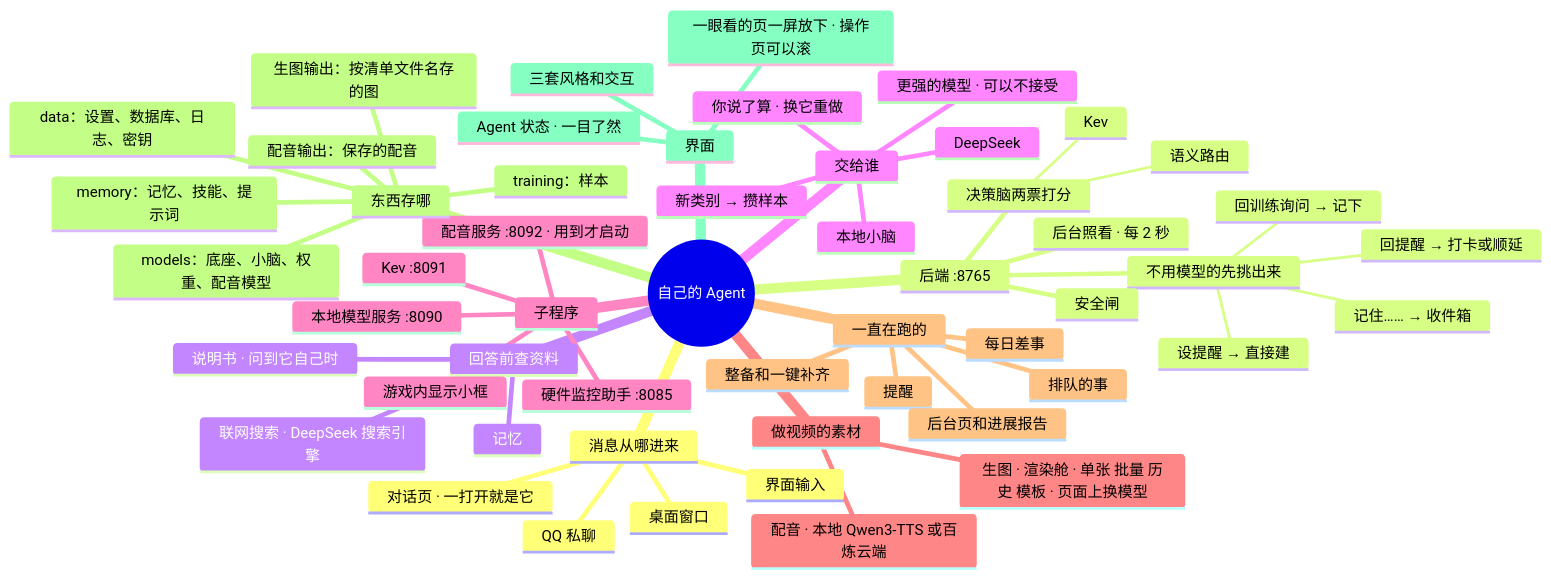
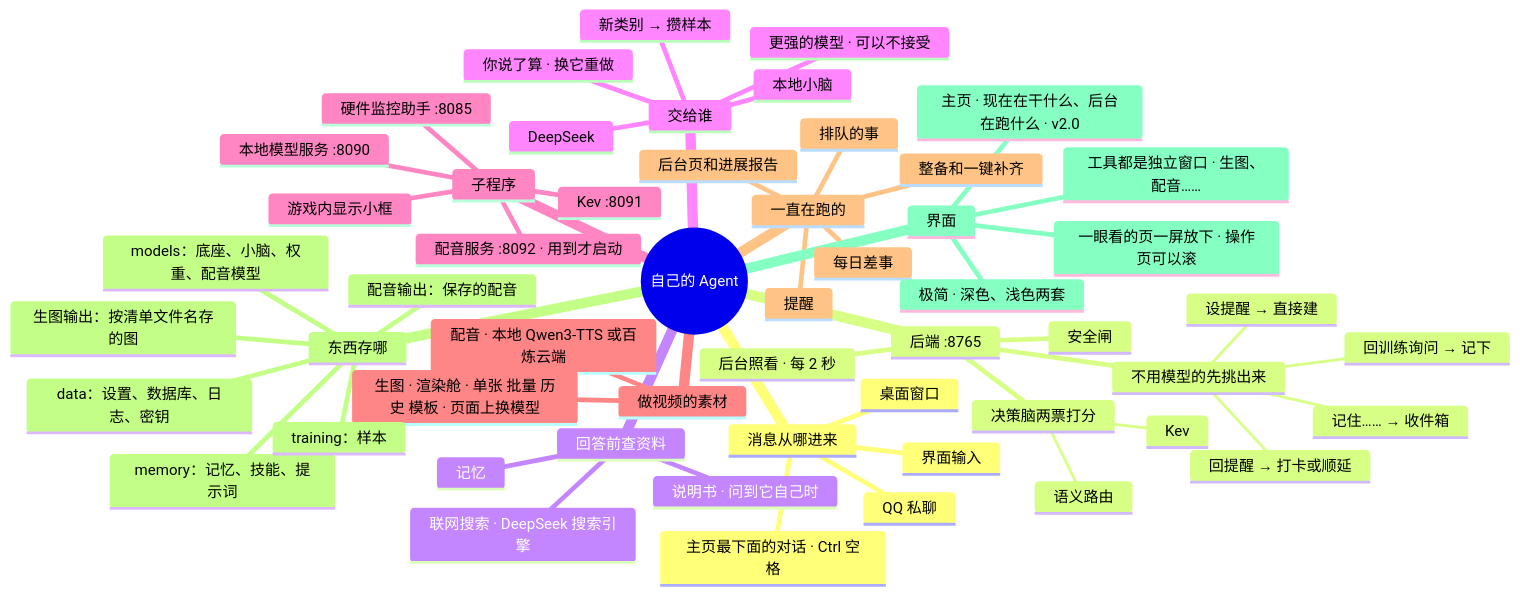
Before and after one commit to lql-076/Experiment-Agent-One: the diagram in docs/AI文档/架构/00-总览.md, drawn with Mermaid. The commit also changed other lines of this file and 56 other files, not shown here.

First line of the commit message:
v2.0.0：界面整个重做成极简（深色、浅色两套）；主窗口只放主页和常驻，工具都是独立窗口；生图加「角色」，批量清单写到角色名字自动带上形象

````diff
--- a/docs/AI文档/架构/00-总览.md
+++ b/docs/AI文档/架构/00-总览.md
@@ -10,7 +10,7 @@
 mindmap
   root((自己的 Agent))
     消息从哪进来
-      对话页 · 一打开就是它
+      主页最下面的对话 · Ctrl 空格
       :::go-12
       QQ 私聊
       :::svc-qq go-04
@@ -90,8 +90,10 @@
     界面
       一眼看的页一屏放下 · 操作页可以滚
       :::go-12
-      Agent 状态 · 一目了然
+      主页 · 现在在干什么、后台在跑什么 · v2.0
       :::go-12
-      三套风格和交互
+      工具都是独立窗口 · 生图、配音……
+      :::go-13
+      极简 · 深色、浅色两套
       :::go-12
 ```
````
